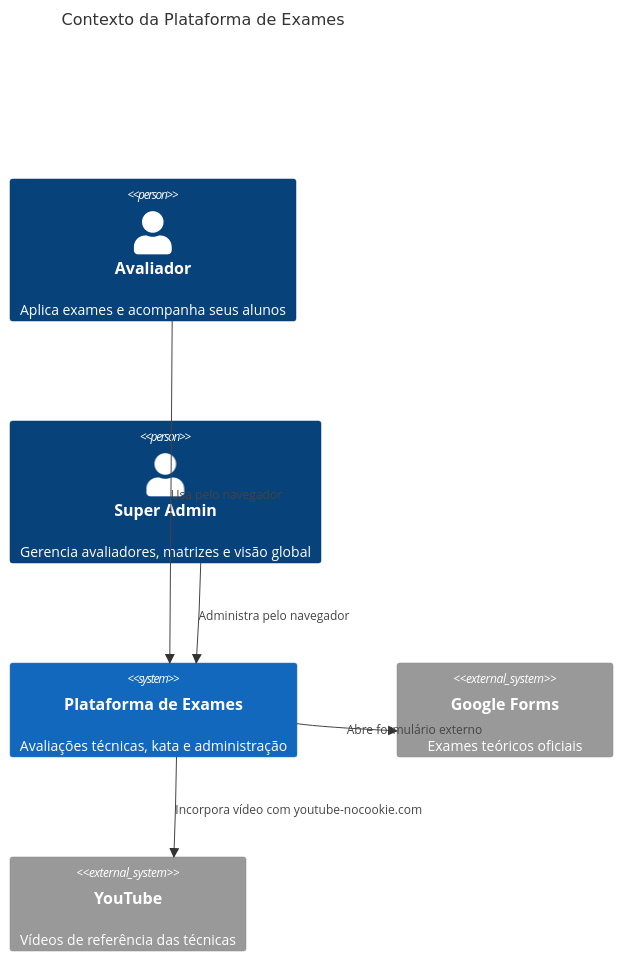
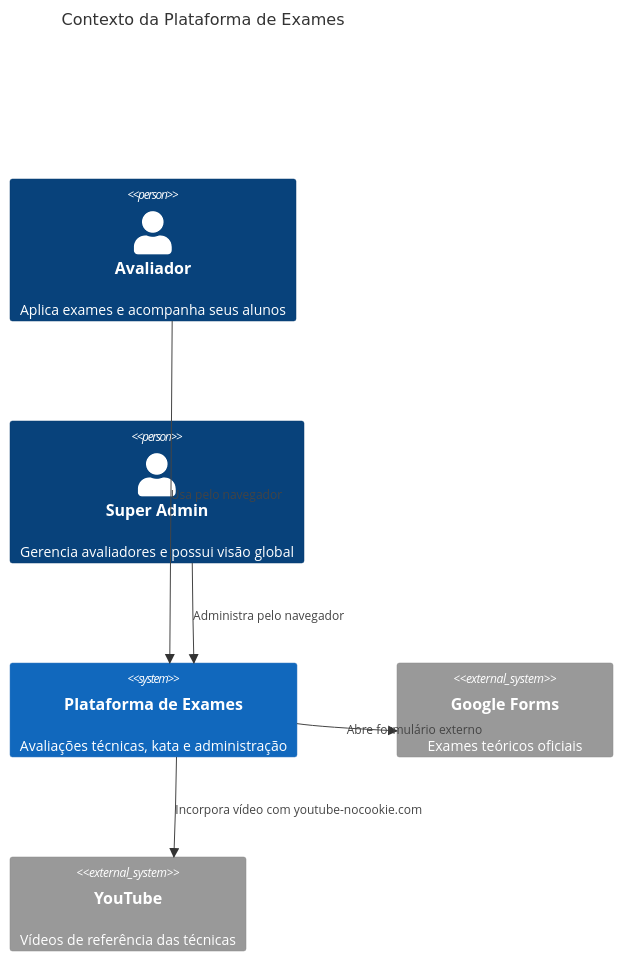
One commit to ArthurViniNunes/judo-exam-platform changed the first of 4 diagrams in docs/architecture/README.md. Above: the diagram before and after it, drawn with Mermaid. The commit also changed other lines of this file and 5 other files, not shown here.

````diff
--- a/docs/architecture/README.md
+++ b/docs/architecture/README.md
@@ -20,14 +20,14 @@
 ```mermaid
 C4Context
   title Contexto da Plataforma de Exames
   Person(evaluator, "Avaliador", "Aplica exames e acompanha seus alunos")
-  Person(admin, "Super Admin", "Gerencia avaliadores, matrizes e visão global")
+  Person(admin, "Super Admin", "Gerencia avaliadores e possui visão global")
   System(platform, "Plataforma de Exames", "Avaliações técnicas, kata e administração")
   System_Ext(forms, "Google Forms", "Exames teóricos oficiais")
   System_Ext(youtube, "YouTube", "Vídeos de referência das técnicas")
 
   Rel(evaluator, platform, "Usa pelo navegador")
   Rel(admin, platform, "Administra pelo navegador")
   Rel(platform, forms, "Abre formulário externo")
   Rel(platform, youtube, "Incorpora vídeo com youtube-nocookie.com")
 ```
````
